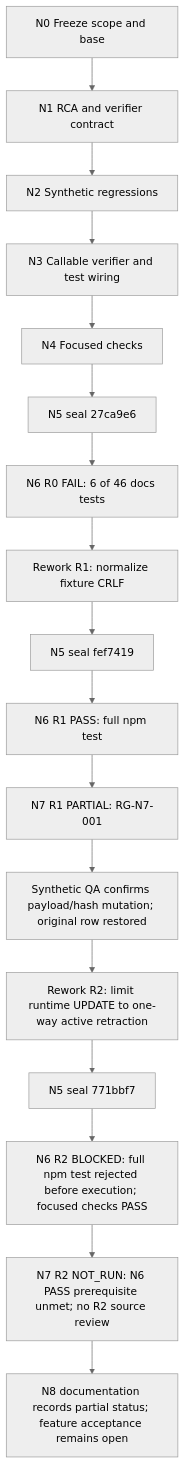
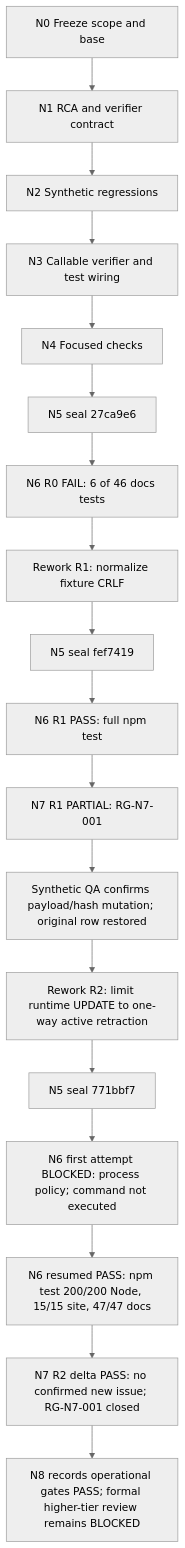
Before and after one commit to Freshair129/zuri-go: the diagram in docs/features/FEAT-014-visual-marketing-team/execution-dag.md, drawn with Mermaid (neutral theme). The commit also changed other lines of this file and 1 other file, not shown here.

Commit message:
docs: record FEAT-014 resumed gate passes

````diff
--- a/docs/features/FEAT-014-visual-marketing-team/execution-dag.md
+++ b/docs/features/FEAT-014-visual-marketing-team/execution-dag.md
@@ -32,13 +32,14 @@
 ```mermaid
 flowchart TD
   N0["N0 Freeze scope and base"] --> N1["N1 RCA and verifier contract"]
   N1 --> N2["N2 Synthetic regressions"] --> N3["N3 Callable verifier and test wiring"] --> N4["N4 Focused checks"] --> S0["N5 seal 27ca9e6"]
   S0 --> G0["N6 R0 FAIL: 6 of 46 docs tests"]
   G0 --> R1["Rework R1: normalize fixture CRLF"] --> S1["N5 seal fef7419"]
   S1 --> G1["N6 R1 PASS: full npm test"] --> H1["N7 R1 PARTIAL: RG-N7-001"]
   H1 --> V1["Synthetic QA confirms payload/hash mutation; original row restored"]
   V1 --> R2["Rework R2: limit runtime UPDATE to one-way active retraction"] --> S2["N5 seal 771bbf7"]
-  S2 --> G2["N6 R2 BLOCKED: full npm test rejected before execution; focused checks PASS"]
-  G2 --> H2["N7 R2 NOT_RUN: N6 PASS prerequisite unmet; no R2 source review"]
-  H2 --> N8["N8 documentation records partial status; feature acceptance remains open"]
+  S2 --> G2a["N6 first attempt BLOCKED: process policy; command not executed"]
+  G2a --> G2b["N6 resumed PASS: npm test 200/200 Node, 15/15 site, 47/47 docs"]
+  G2b --> H2["N7 R2 delta PASS: no confirmed new issue; RG-N7-001 closed"]
+  H2 --> N8["N8 records operational gates PASS; formal higher-tier review remains BLOCKED"]
 ```
````
